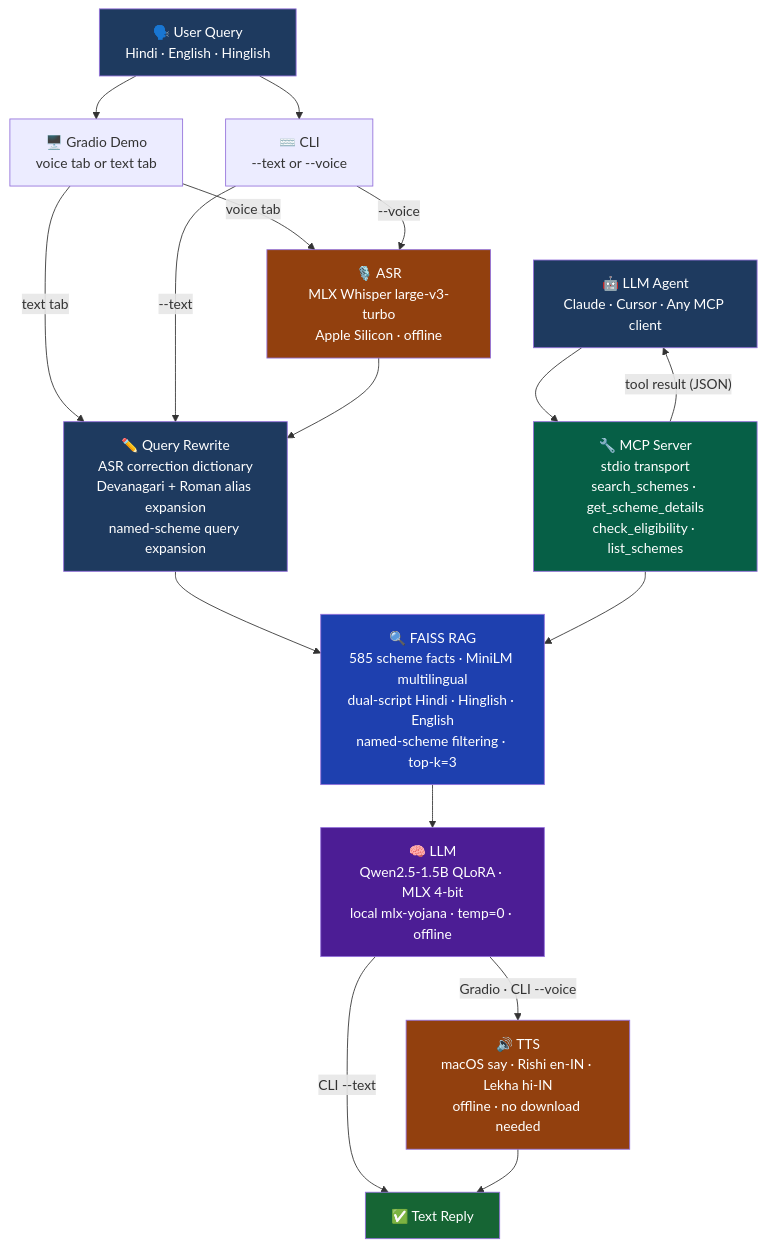
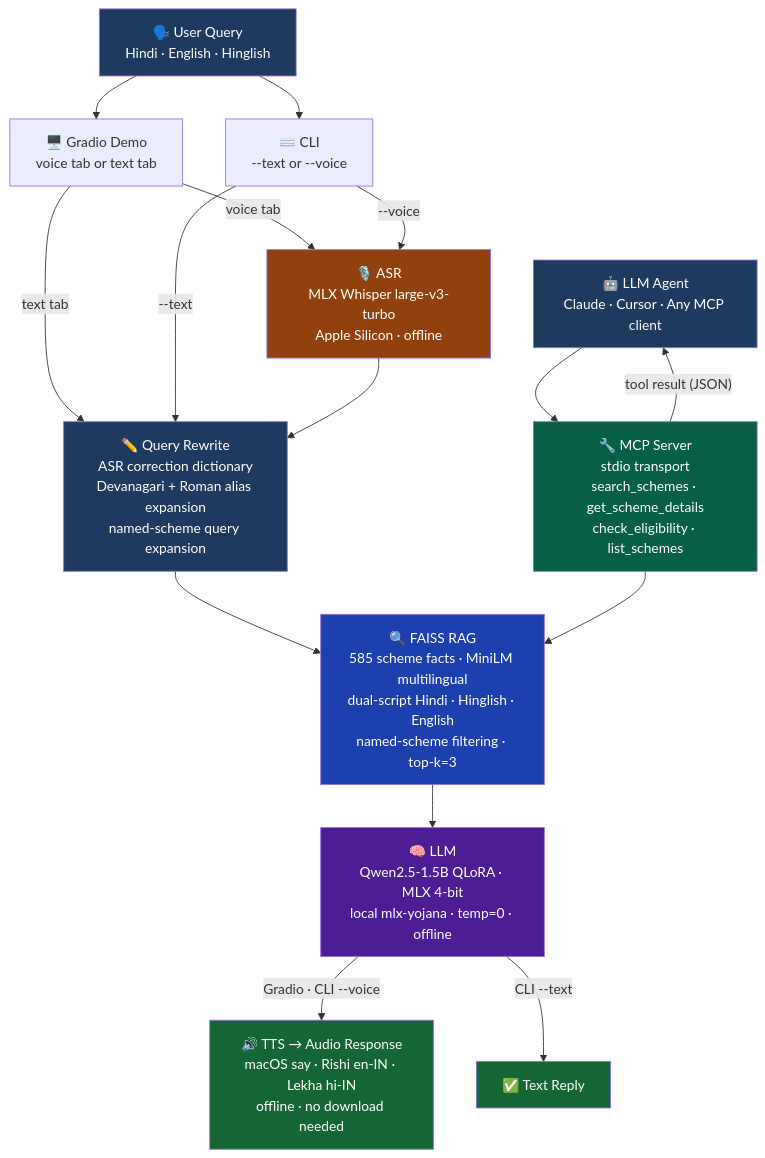
Before and after one commit to Subh24ai/yojana-sahayak-assistant: the diagram in README.md, drawn with Mermaid.

Commit message:
fix: correct Mermaid diagram — TTS is final audio output, not text reply
Remove G --> H arrow that wrongly fed TTS into the Text Reply node.
TTS and Text Reply are now two separate terminal outputs:
  - Gradio / CLI --voice → TTS → Audio Response
  - CLI --text → Text Reply
Style both terminals green to match.

````diff
--- a/README.md
+++ b/README.md
@@ -10,39 +10,38 @@
 ```mermaid
 flowchart TD
     A["🗣️ User Query\nHindi · English · Hinglish"] --> B1
     A --> B2
     M["🤖 LLM Agent\nClaude · Cursor · Any MCP client"] --> B4
 
     B1["🖥️ Gradio Demo\nvoice tab or text tab"]
     B2["⌨️ CLI\n--text or --voice"]
     B4["🔧 MCP Server\nstdio transport\nsearch_schemes · get_scheme_details\ncheck_eligibility · list_schemes"]
 
     B1 -->|"voice tab"| C["🎙️ ASR\nMLX Whisper large-v3-turbo\nApple Silicon · offline"]
     B2 -->|"--voice"| C
 
     B1 -->|"text tab"| D["✏️ Query Rewrite\nASR correction dictionary\nDevanagari + Roman alias expansion\nnamed-scheme query expansion"]
     B2 -->|"--text"| D
 
     C --> D
 
     D --> E["🔍 FAISS RAG\n585 scheme facts · MiniLM multilingual\ndual-script Hindi · Hinglish · English\nnamed-scheme filtering · top-k=3"]
     B4 --> E
 
     E --> F["🧠 LLM\nQwen2.5-1.5B QLoRA · MLX 4-bit\nlocal mlx-yojana · temp=0 · offline"]
 
-    F -->|"Gradio · CLI --voice"| G["🔊 TTS\nmacOS say · Rishi en-IN · Lekha hi-IN\noffline · no download needed"]
+    F -->|"Gradio · CLI --voice"| G["🔊 TTS → Audio Response\nmacOS say · Rishi en-IN · Lekha hi-IN\noffline · no download needed"]
     F -->|"CLI --text"| H["✅ Text Reply"]
-    G --> H
 
     B4 -->|"tool result (JSON)"| M
 
     style A fill:#1e3a5f,color:#fff
     style M fill:#1e3a5f,color:#fff
     style H fill:#166534,color:#fff
+    style G fill:#166534,color:#fff
     style F fill:#4c1d95,color:#fff
     style E fill:#1e40af,color:#fff
     style C fill:#92400e,color:#fff
     style D fill:#1e3a5f,color:#fff
     style B4 fill:#065f46,color:#fff
-    style G fill:#92400e,color:#fff
 ```
````
